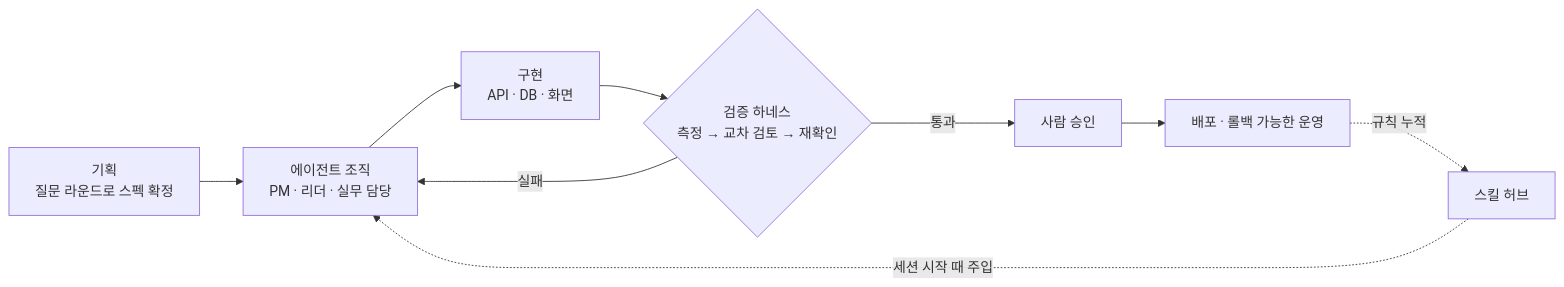
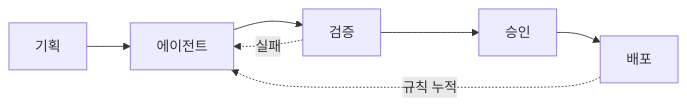
One commit to afteryoon/afteryoon changed the diagram in README.md. Above: the diagram before and after it, drawn with Mermaid. The commit also changed other lines of this file, not shown here.

````diff
--- a/README.md
+++ b/README.md
@@ -64,11 +32,6 @@
 ```mermaid
 flowchart LR
-    A[기획<br/>질문 라운드로 스펙 확정] --> B[에이전트 조직<br/>PM · 리더 · 실무 담당]
-    B --> C[구현<br/>API · DB · 화면]
-    C --> D{검증 하네스<br/>측정 → 교차 검토 → 재확인}
-    D -- 통과 --> E[사람 승인]
-    D -- 실패 --> B
-    E --> F[배포 · 롤백 가능한 운영]
-    F -.규칙 누적.-> G[스킬 허브]
-    G -.세션 시작 때 주입.-> B
+    A[기획] --> B[에이전트] --> C[검증] --> D[승인] --> E[배포]
+    C -. 실패 .-> B
+    E -. 규칙 누적 .-> B
 ```
````
